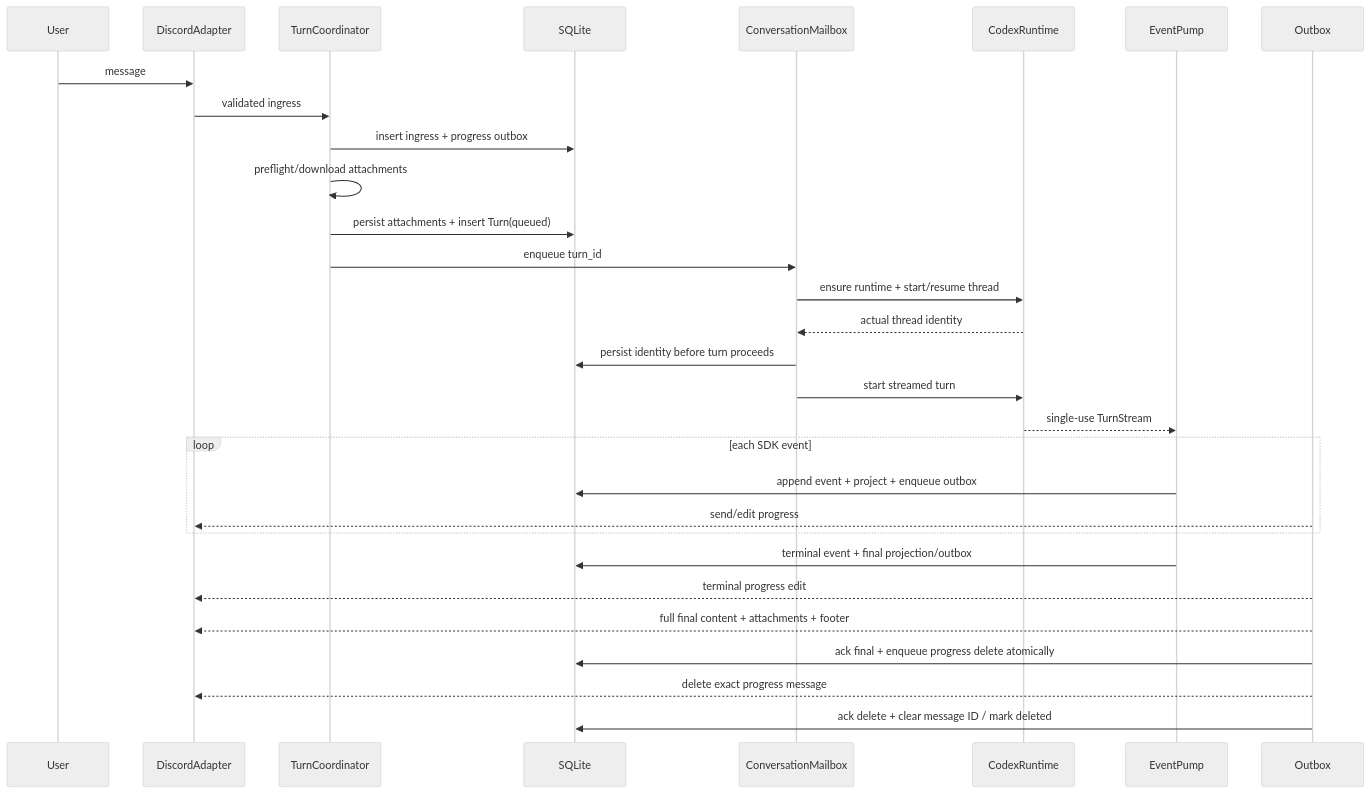
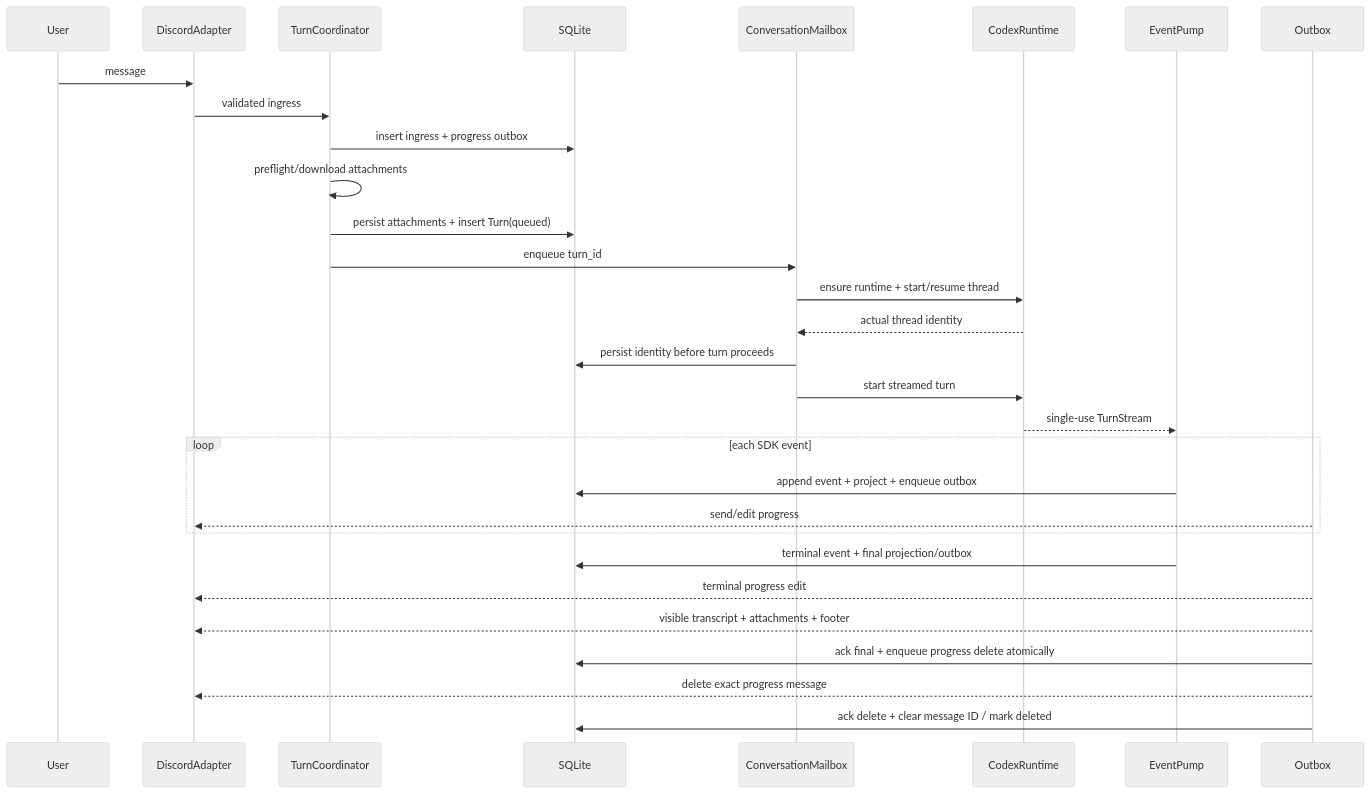
The tenth of 13 diagrams in docs/codexD-detailed-design.md (HXYerror/codeXD), drawn with Mermaid (neutral theme) before and after one commit. The commit also changed other lines of this file and 9 other files, not shown here.

First line of the commit message:
fix: preserve visible assistant transcript after progress cleanup (#10)

````diff
--- a/docs/codexD-detailed-design.md
+++ b/docs/codexD-detailed-design.md
@@ -1742,33 +1743,33 @@
 ```mermaid
 sequenceDiagram
     participant U as User
     participant DC as DiscordAdapter
     participant APP as TurnCoordinator
     participant DB as SQLite
     participant MB as ConversationMailbox
     participant RT as CodexRuntime
     participant EP as EventPump
     participant OB as Outbox
 
     U->>DC: message
     DC->>APP: validated ingress
     APP->>DB: insert ingress + progress outbox
     APP->>APP: preflight/download attachments
     APP->>DB: persist attachments + insert Turn(queued)
     APP->>MB: enqueue turn_id
     MB->>RT: ensure runtime + start/resume thread
     RT-->>MB: actual thread identity
     MB->>DB: persist identity before turn proceeds
     MB->>RT: start streamed turn
     RT-->>EP: single-use TurnStream
     loop each SDK event
         EP->>DB: append event + project + enqueue outbox
         OB-->>DC: send/edit progress
     end
     EP->>DB: terminal event + final projection/outbox
     OB-->>DC: terminal progress edit
-    OB-->>DC: full final content + attachments + footer
+    OB-->>DC: visible transcript + attachments + footer
     OB->>DB: ack final + enqueue progress delete atomically
     OB-->>DC: delete exact progress message
     OB->>DB: ack delete + clear message ID / mark deleted
 ```
````
